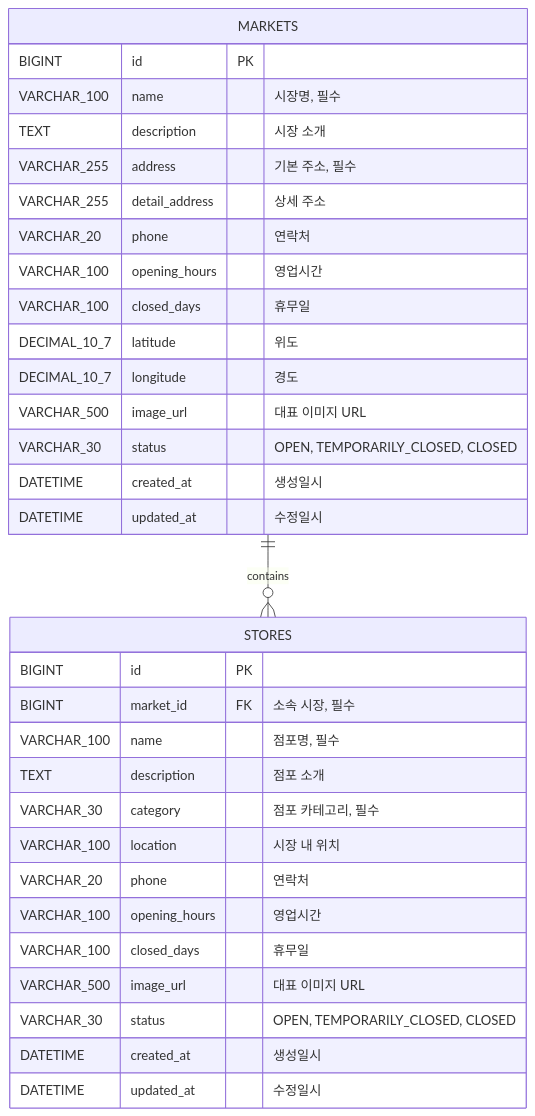
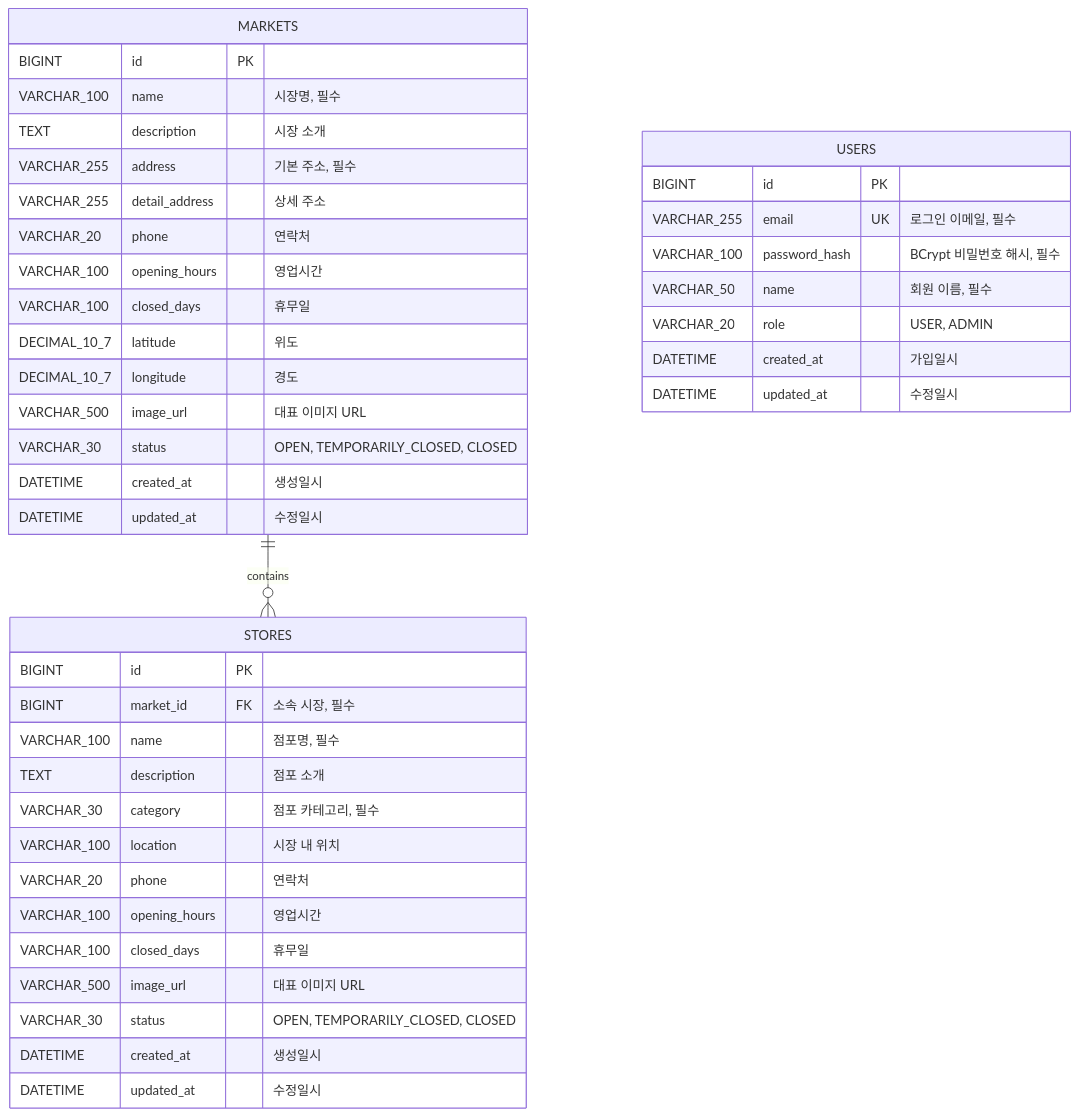
One commit to oddoos7/traditional-market changed the diagram in docs/erd.md. Above: the diagram before and after it, drawn with Mermaid. The commit also changed other lines of this file and 17 other files, not shown here.

````diff
--- a/docs/erd.md
+++ b/docs/erd.md
@@ -5,37 +5,47 @@
 ```mermaid
 erDiagram
     MARKETS ||--o{ STORES : contains
 
     MARKETS {
         BIGINT id PK
         VARCHAR_100 name "시장명, 필수"
         TEXT description "시장 소개"
         VARCHAR_255 address "기본 주소, 필수"
         VARCHAR_255 detail_address "상세 주소"
         VARCHAR_20 phone "연락처"
         VARCHAR_100 opening_hours "영업시간"
         VARCHAR_100 closed_days "휴무일"
         DECIMAL_10_7 latitude "위도"
         DECIMAL_10_7 longitude "경도"
         VARCHAR_500 image_url "대표 이미지 URL"
         VARCHAR_30 status "OPEN, TEMPORARILY_CLOSED, CLOSED"
         DATETIME created_at "생성일시"
         DATETIME updated_at "수정일시"
     }
 
     STORES {
         BIGINT id PK
         BIGINT market_id FK "소속 시장, 필수"
         VARCHAR_100 name "점포명, 필수"
         TEXT description "점포 소개"
         VARCHAR_30 category "점포 카테고리, 필수"
         VARCHAR_100 location "시장 내 위치"
         VARCHAR_20 phone "연락처"
         VARCHAR_100 opening_hours "영업시간"
         VARCHAR_100 closed_days "휴무일"
         VARCHAR_500 image_url "대표 이미지 URL"
         VARCHAR_30 status "OPEN, TEMPORARILY_CLOSED, CLOSED"
         DATETIME created_at "생성일시"
         DATETIME updated_at "수정일시"
     }
+
+    USERS {
+        BIGINT id PK
+        VARCHAR_255 email UK "로그인 이메일, 필수"
+        VARCHAR_100 password_hash "BCrypt 비밀번호 해시, 필수"
+        VARCHAR_50 name "회원 이름, 필수"
+        VARCHAR_20 role "USER, ADMIN"
+        DATETIME created_at "가입일시"
+        DATETIME updated_at "수정일시"
+    }
 ```
````
